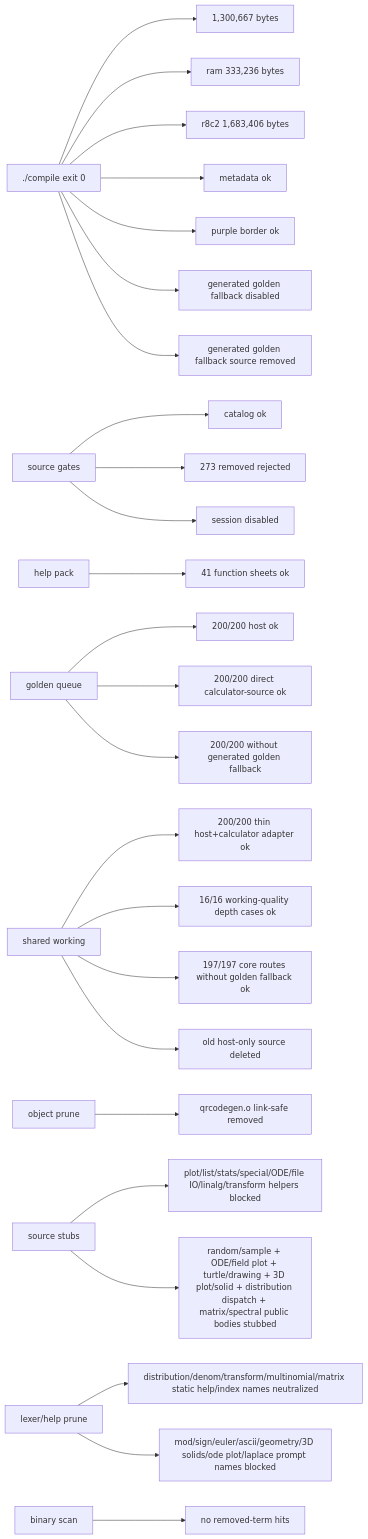
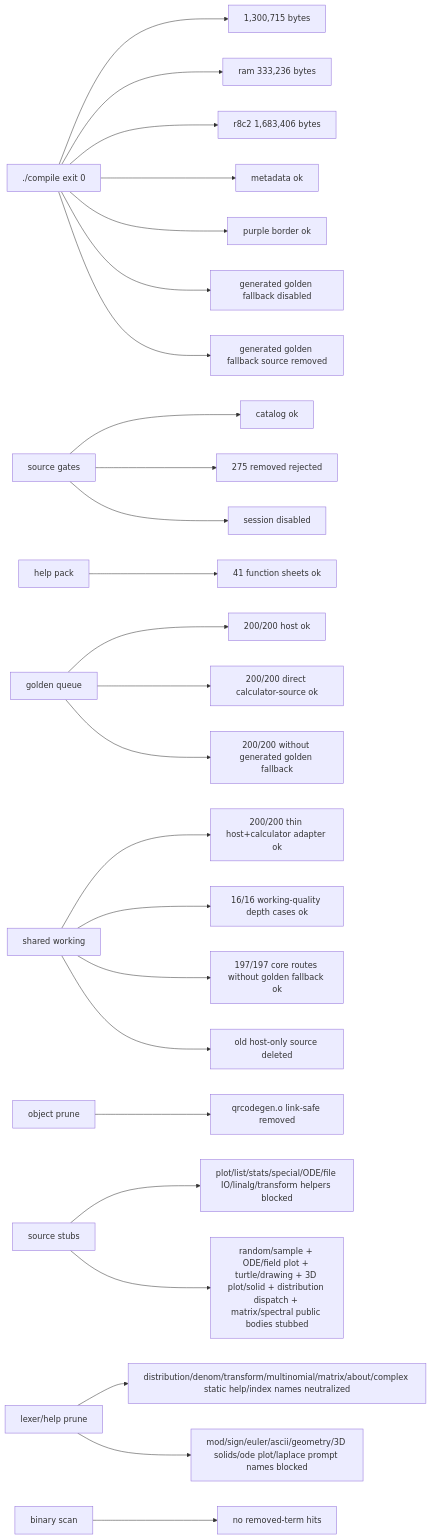
One commit to james8464/notes-addin-casio-fx-cg50 changed the seventh of 7 diagrams in docs/GRAPH.md. Above: the diagram before and after it, drawn with Mermaid. The commit also changed other lines of this file and 11 other files, not shown here.

Commit message:
prune: hide more removed help keys

````diff
--- a/docs/GRAPH.md
+++ b/docs/GRAPH.md
@@ -170,27 +170,27 @@
 ```mermaid
 graph LR
-  Build["./compile exit 0"] --> Size["1,300,667 bytes"]
+  Build["./compile exit 0"] --> Size["1,300,715 bytes"]
   Build --> Ram["ram 333,236 bytes"]
   Build --> R8C2["r8c2 1,683,406 bytes"]
   Build --> Meta["metadata ok"]
   Build --> Border["purple border ok"]
   Build --> NoRuntimeFallback["generated golden fallback disabled"]
   Build --> NoRuntimeSource["generated golden fallback source removed"]
   Source["source gates"] --> Catalog["catalog ok"]
-  Source --> Removed["273 removed rejected"]
+  Source --> Removed["275 removed rejected"]
   Source --> Session["session disabled"]
   Help["help pack"] --> HelpQ["41 function sheets ok"]
   Queue["golden queue"] --> QueueRun["200/200 host ok"]
   Queue --> GoldenRun["200/200 direct calculator-source ok"]
   Queue --> NoGolden["200/200 without generated golden fallback"]
   Shared["shared working"] --> SharedRun["200/200 thin host+calculator adapter ok"]
   Shared --> WorkQ["16/16 working-quality depth cases ok"]
   Shared --> CoreRun["197/197 core routes without golden fallback ok"]
   Shared --> NoHostSrc["old host-only source deleted"]
   Obj["object prune"] --> QR["qrcodegen.o link-safe removed"]
   Macro["source stubs"] --> Stubbed["plot/list/stats/special/ODE/file IO/linalg/transform helpers blocked"]
   Macro --> RuntimeStubbed["random/sample + ODE/field plot + turtle/drawing + 3D plot/solid + distribution dispatch + matrix/spectral public bodies stubbed"]
-  Static["lexer/help prune"] --> StaticRun["distribution/denom/transform/multinomial/matrix static help/index names neutralized"]
+  Static["lexer/help prune"] --> StaticRun["distribution/denom/transform/multinomial/matrix/about/complex static help/index names neutralized"]
   Static --> PromptRun["mod/sign/euler/ascii/geometry/3D solids/ode plot/laplace prompt names blocked"]
   Bin["binary scan"] --> NoLeak["no removed-term hits"]
 ```
````
